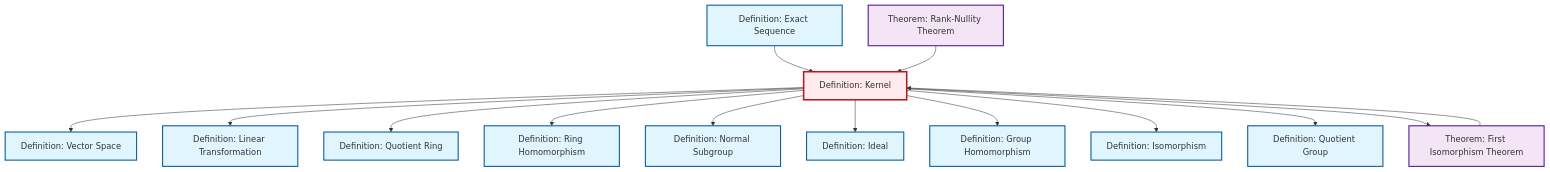
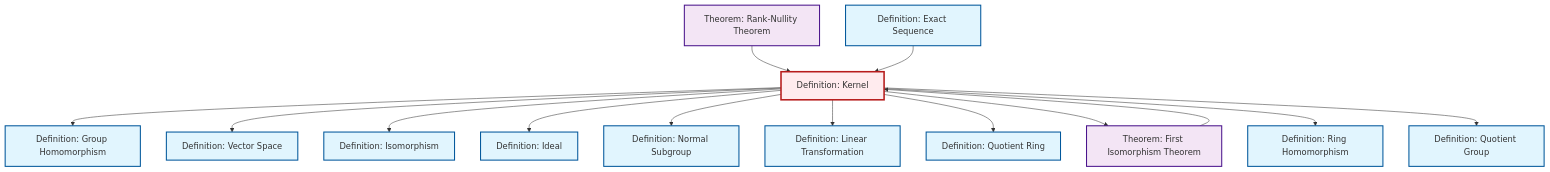
One commit to RK0429/ModernMath changed the diagram in content/en/algebra/def-kernel.qmd. Above: the diagram before and after it, drawn with Mermaid. The commit also changed other lines of this file and 1012 other files, not shown here.

````diff
--- a/content/en/algebra/def-kernel.qmd
+++ b/content/en/algebra/def-kernel.qmd
@@ -82,48 +82,48 @@
 ```{mermaid}
 %%| fig-cap: "Local dependency graph"
 graph TD
     classDef definition fill:#e1f5fe,stroke:#01579b,stroke-width:2px
     classDef theorem fill:#f3e5f5,stroke:#4a148c,stroke-width:2px
     classDef axiom fill:#fff3e0,stroke:#e65100,stroke-width:2px
     classDef example fill:#e8f5e9,stroke:#1b5e20,stroke-width:2px
     classDef current fill:#ffebee,stroke:#b71c1c,stroke-width:3px
-    def-linear-transformation["Definition: Linear Transformation"]:::definition
-    def-ideal["Definition: Ideal"]:::definition
-    def-vector-space["Definition: Vector Space"]:::definition
-    def-normal-subgroup["Definition: Normal Subgroup"]:::definition
-    def-isomorphism["Definition: Isomorphism"]:::definition
-    def-quotient-ring["Definition: Quotient Ring"]:::definition
+    def-kernel["Definition: Kernel"]:::definition
     def-exact-sequence["Definition: Exact Sequence"]:::definition
     def-ring-homomorphism["Definition: Ring Homomorphism"]:::definition
+    def-vector-space["Definition: Vector Space"]:::definition
+    def-isomorphism["Definition: Isomorphism"]:::definition
+    def-linear-transformation["Definition: Linear Transformation"]:::definition
+    thm-rank-nullity["Theorem: Rank-Nullity Theorem"]:::theorem
     thm-first-isomorphism["Theorem: First Isomorphism Theorem"]:::theorem
+    def-normal-subgroup["Definition: Normal Subgroup"]:::definition
+    def-quotient-ring["Definition: Quotient Ring"]:::definition
+    def-homomorphism["Definition: Group Homomorphism"]:::definition
     def-quotient-group["Definition: Quotient Group"]:::definition
-    thm-rank-nullity["Theorem: Rank-Nullity Theorem"]:::theorem
-    def-homomorphism["Definition: Group Homomorphism"]:::definition
-    def-kernel["Definition: Kernel"]:::definition
+    def-ideal["Definition: Ideal"]:::definition
+    thm-rank-nullity --> def-kernel
+    def-kernel --> def-homomorphism
+    def-exact-sequence --> def-kernel
     def-kernel --> def-vector-space
+    def-kernel --> def-isomorphism
+    def-kernel --> def-ideal
+    def-kernel --> def-normal-subgroup
+    thm-first-isomorphism --> def-kernel
     def-kernel --> def-linear-transformation
-    def-exact-sequence --> def-kernel
-    thm-rank-nullity --> def-kernel
-    thm-first-isomorphism --> def-kernel
     def-kernel --> def-quotient-ring
+    def-kernel --> thm-first-isomorphism
     def-kernel --> def-ring-homomorphism
-    def-kernel --> def-normal-subgroup
-    def-kernel --> def-ideal
-    def-kernel --> def-homomorphism
-    def-kernel --> def-isomorphism
     def-kernel --> def-quotient-group
-    def-kernel --> thm-first-isomorphism
     class def-kernel current
-    click def-linear-transformation "def-linear-transformation.html" "Go to Linear Transformation definition"
-    click def-ideal "def-ideal.html" "Go to Ideal definition"
-    click def-vector-space "def-vector-space.html" "Go to Vector Space definition"
-    click def-normal-subgroup "def-normal-subgroup.html" "Go to Normal Subgroup definition"
-    click def-isomorphism "def-isomorphism.html" "Go to Isomorphism definition"
-    click def-quotient-ring "def-quotient-ring.html" "Go to Quotient Ring definition"
     click def-exact-sequence "def-exact-sequence.html" "Go to Exact Sequence definition"
     click def-ring-homomorphism "def-ring-homomorphism.html" "Go to Ring Homomorphism definition"
+    click def-vector-space "def-vector-space.html" "Go to Vector Space definition"
+    click def-isomorphism "def-isomorphism.html" "Go to Isomorphism definition"
+    click def-linear-transformation "def-linear-transformation.html" "Go to Linear Transformation definition"
+    click thm-rank-nullity "thm-rank-nullity.html" "Go to Rank-Nullity Theorem theorem"
     click thm-first-isomorphism "thm-first-isomorphism.html" "Go to First Isomorphism Theorem theorem"
+    click def-normal-subgroup "def-normal-subgroup.html" "Go to Normal Subgroup definition"
+    click def-quotient-ring "def-quotient-ring.html" "Go to Quotient Ring definition"
+    click def-homomorphism "def-homomorphism.html" "Go to Group Homomorphism definition"
     click def-quotient-group "def-quotient-group.html" "Go to Quotient Group definition"
-    click thm-rank-nullity "thm-rank-nullity.html" "Go to Rank-Nullity Theorem theorem"
-    click def-homomorphism "def-homomorphism.html" "Go to Group Homomorphism definition"
+    click def-ideal "def-ideal.html" "Go to Ideal definition"
 ```
````
